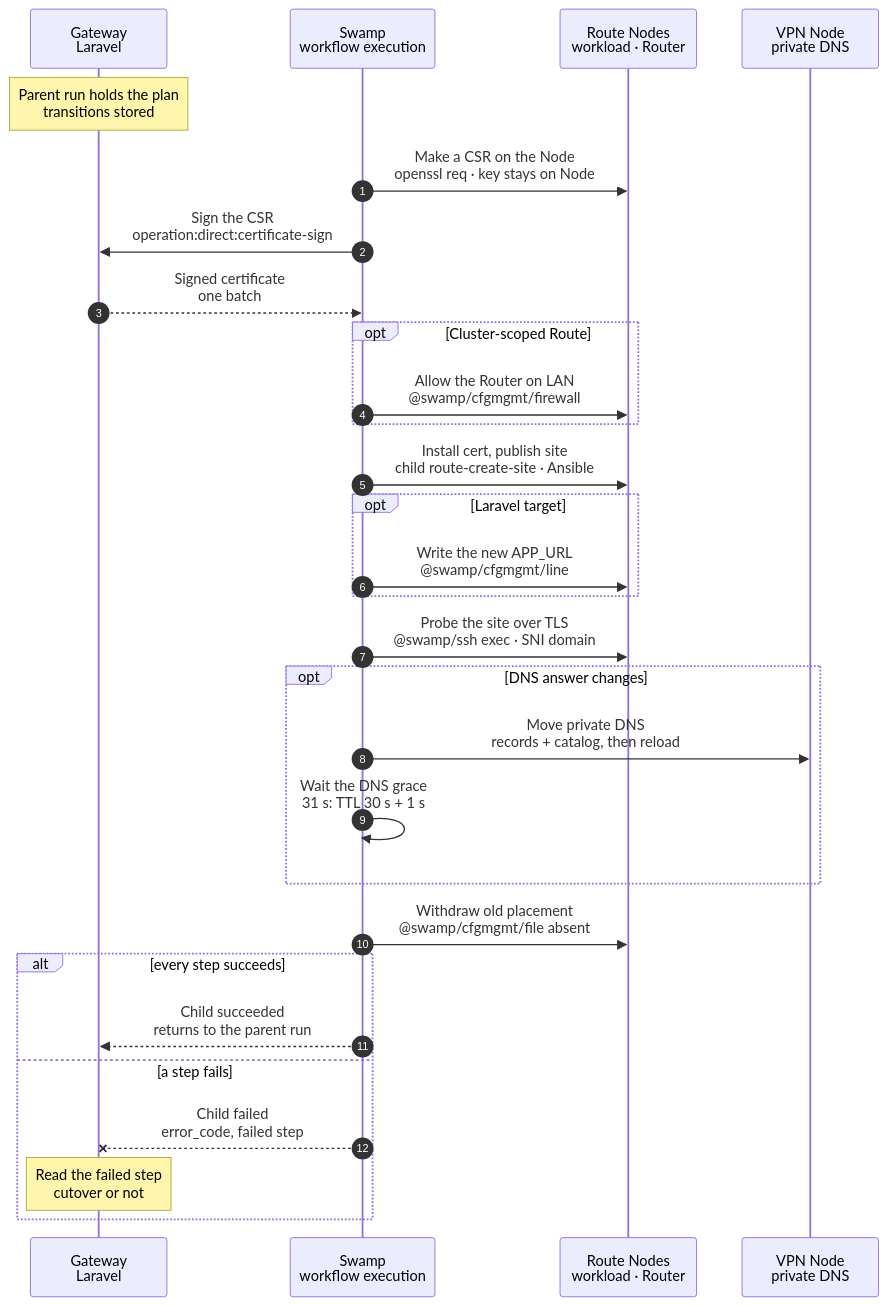
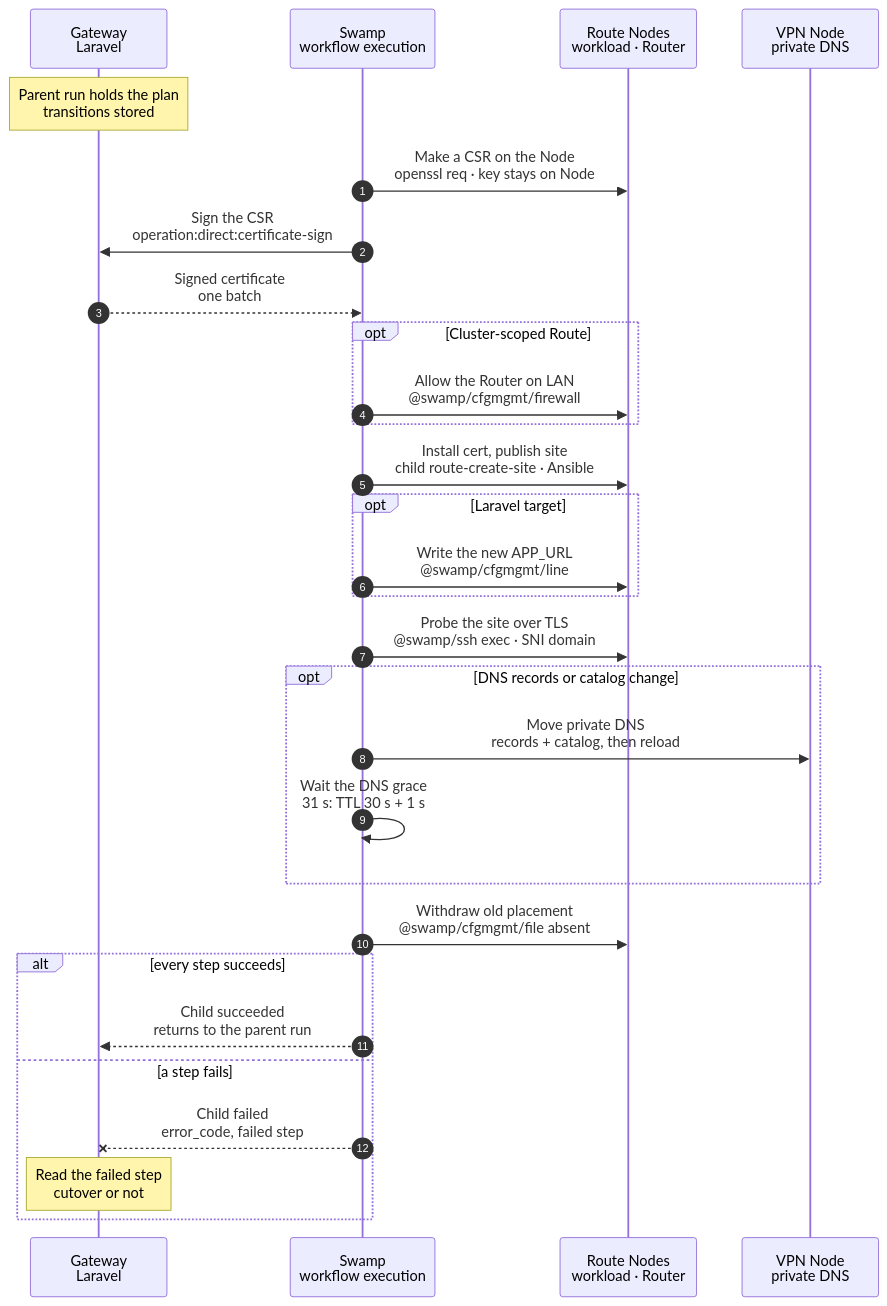
Before and after one commit to hardimpactdev/orbit: the diagram in docs/cli/route/reconcile.mmd, drawn with Mermaid. The commit also changed 1 other file, not shown here.

Commit message:
docs: skip equal DNS stages before dispatch

```diff
--- a/docs/cli/route/reconcile.mmd
+++ b/docs/cli/route/reconcile.mmd
@@ -1,64 +1,66 @@
 sequenceDiagram
   %% Target design: shared child workflow of cluster:update, cluster:activate, cluster:deactivate, cluster:node:add and cluster:node:remove, with the steps of route:update. docs/reference/routes.md#change-a-tld-cluster-state-or-cluster-membership.
   %% Decided by the orchestrator, for Nick's review (2026-11-06): the site child is one Ansible phase per Node (tags site), because each placed Swamp step costs about 1.2 s and the child ran 30 in series (47.6 s measured).
   %% status: draft
   %% command: none · shared by the Cluster commands
   %% kind: route.reconcile
   autonumber
   %% lane GW icon=gateway pill=intent tone=blue
   %% lane SW icon=workflow pill=executes tone=green
   %% lane N icon=server pill=target tone=amber
   %% lane V icon=server pill=target tone=purple
   participant GW as Gateway<br/>Laravel
   participant SW as Swamp<br/>workflow execution
   participant N as Route Nodes<br/>workload · Router
   participant V as VPN Node<br/>private DNS
   Note over GW: Parent run holds the plan<br/>transitions stored
   %%> What it is:
   %%> - one child of the parent Cluster command's run; it takes every affected Route and reconciles them together
   %%> What the Gateway stored at admission:
   %%> - a pending replacement for each domain change and the old placement for each scope change
   SW->>N: Make a CSR on the Node<br/>openssl req · key stays on Node
   %%> Key custody:
   %%> - the CSR action creates the leaf directory and gives its Node-local key root:caddy ownership and mode 0640 before it returns
   SW->>GW: Sign the CSR<br/>operation:direct:certificate-sign
   %%> Why a call to the Gateway:
   %%> - certificate signing is the one allowed step-to-Gateway call; the Orbit CA stays in the Gateway
   GW-->>SW: Signed certificate<br/>one batch
   opt Cluster-scoped Route
     SW->>N: Allow the Router on LAN<br/>@swamp/cfgmgmt/firewall
   end
   SW->>N: Install cert, publish site<br/>child route-create-site · Ansible
   %%> What it does:
   %%> - publishes each new site beside the old one on its workload Node and the Router; Caddy reloads after validation
   opt Laravel target
     SW->>N: Write the new APP_URL<br/>@swamp/cfgmgmt/line
   end
   SW->>N: Probe the site over TLS<br/>@swamp/ssh exec · SNI domain
   %%> Why:
   %%> - the probe checks the hostname and the Orbit CA; an application HTTP error does not fail it, and a failed probe stops the cutover
-  opt DNS answer changes
+  opt DNS records or catalog change
+    %%> When:
+    %%> - the admitted records or catalog differ from the preceding publication stage; equality skips the child before dispatch
     SW->>V: Move private DNS<br/>records + catalog, then reload
     SW->>SW: Wait the DNS grace<br/>31 s: TTL 30 s + 1 s
     %%> Why once for all Routes:
     %%> - all names move in one step and the grace is paid once; it counts from the stored time of the last move, so a rerun does not skip it
   end
   SW->>N: Withdraw old placement<br/>@swamp/cfgmgmt/file absent
   %%> What it does:
   %%> - removes the old sites, and the certificates and LAN rules the new placement does not need
   alt every step succeeds
     SW-->>GW: Child succeeded<br/>returns to the parent run
   else a step fails
     SW--xGW: Child failed<br/>error_code, failed step
     Note over GW: Read the failed step<br/>cutover or not
     %%> How the Gateway knows the cutover:
     %%> - it derives it from the failed step, as for `route:update`; a step up to the DNS move is before it
     %%> Result before the cutover:
     %%> - the old Routes stay authoritative and the replacements are `failed`; the Gateway restores the Laravel URLs and private DNS; a failed Caddy validation leaves the live file unchanged, removes the candidate and skips reload
     %%> Result after the cutover:
     %%> - a failure in the DNS grace or the withdrawal leaves the new placement authoritative and the old one retiring; a rerun finishes
     %%> On the Nodes:
     %%> - finished steps stay; there is no rollback
     %%> Retry:
     %%> - run the same parent command again; every step runs again and skips what already matches
   end
```
